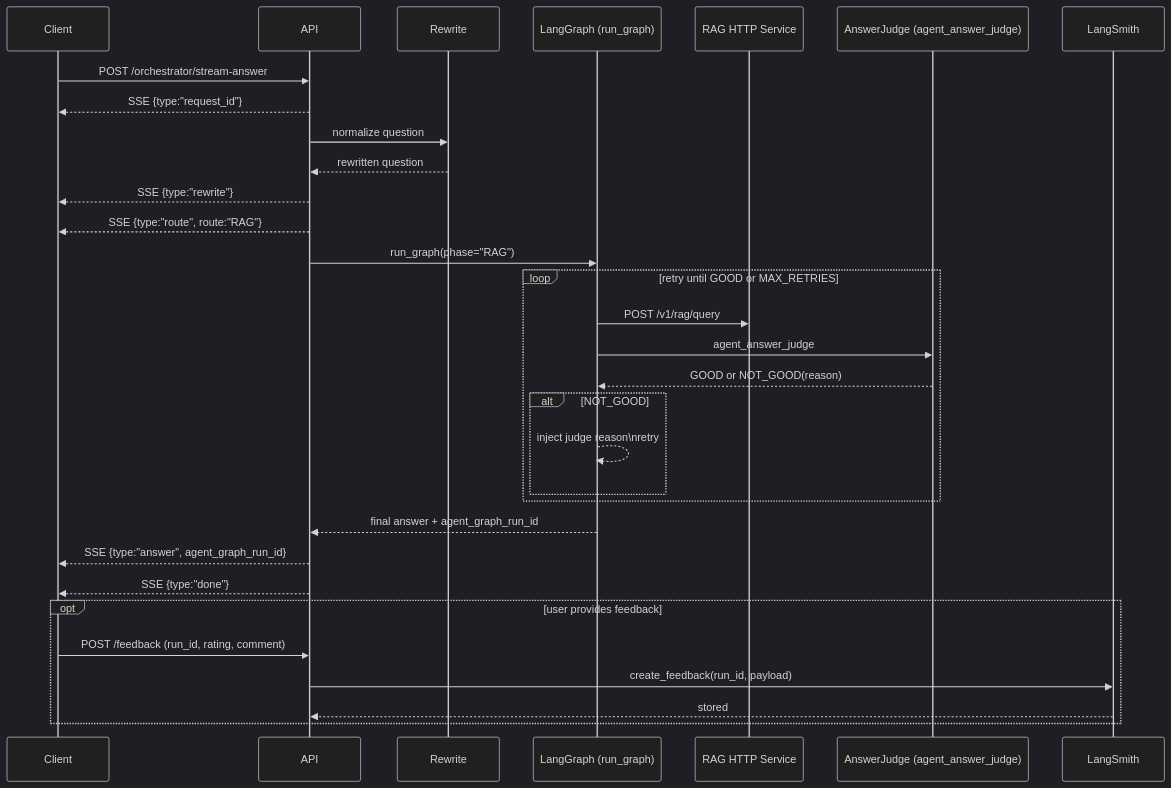
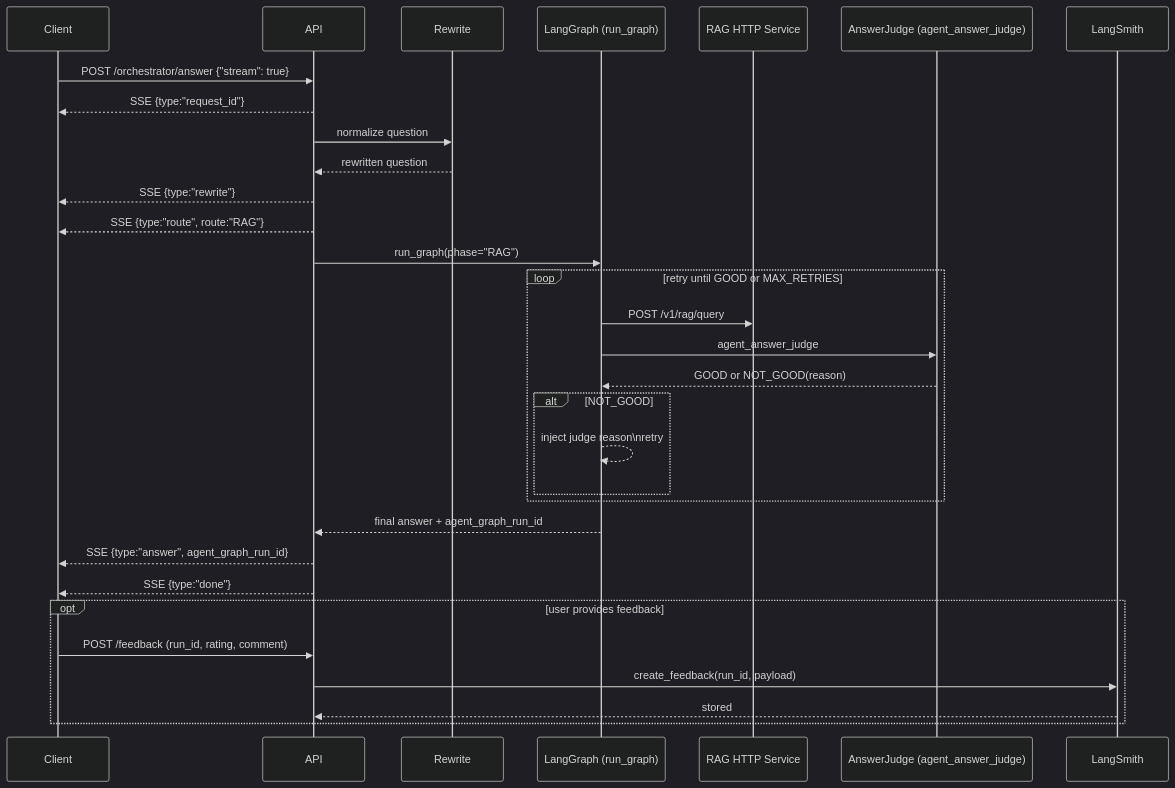
The diagram in docs/architecture.md (taixingbi/layer-orchestrator-v1), drawn with Mermaid (dark theme) before and after one commit. The commit also changed other lines of this file and 6 other files, not shown here.

````diff
--- a/docs/architecture.md
+++ b/docs/architecture.md
@@ -166,39 +166,39 @@
 ```mermaid
 sequenceDiagram
   participant Client
   participant API
   participant Rewrite
   participant Graph as LangGraph (run_graph)
   participant RAG as RAG HTTP Service
   participant Judge as AnswerJudge (agent_answer_judge)
   participant LangSmith
 
-  Client->>API: POST /orchestrator/stream-answer
+  Client->>API: POST /orchestrator/answer {"stream": true}
   API-->>Client: SSE {type:"request_id"}
 
   API->>Rewrite: normalize question
   Rewrite-->>API: rewritten question
   API-->>Client: SSE {type:"rewrite"}
 
   API-->>Client: SSE {type:"route", route:"RAG"}
 
   API->>Graph: run_graph(phase="RAG")
   loop retry until GOOD or MAX_RETRIES
     Graph->>RAG: POST /v1/rag/query
     Graph->>Judge: agent_answer_judge
     Judge-->>Graph: GOOD or NOT_GOOD(reason)
     alt NOT_GOOD
       Graph-->>Graph: inject judge reason\nretry
     end
   end
 
   Graph-->>API: final answer + agent_graph_run_id
   API-->>Client: SSE {type:"answer", agent_graph_run_id}
   API-->>Client: SSE {type:"done"}
 
   opt user provides feedback
     Client->>API: POST /feedback (run_id, rating, comment)
     API->>LangSmith: create_feedback(run_id, payload)
     LangSmith-->>API: stored
   end
 ```
````
